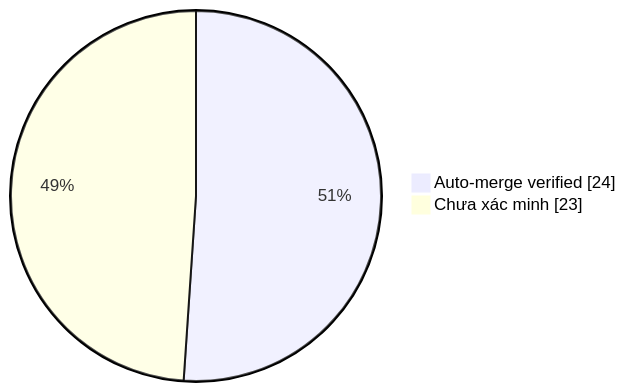
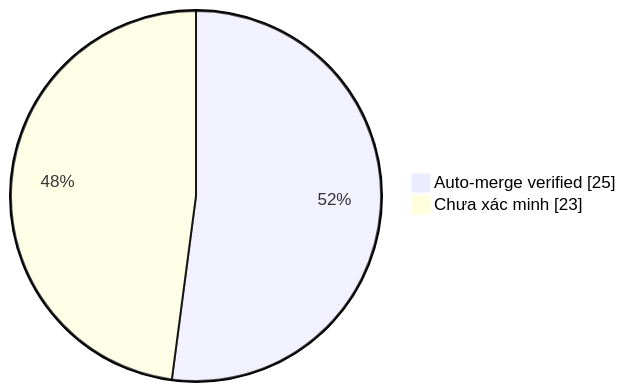
Before and after one commit to duykhang68/tetdinhmuiblog: the diagram in collector.md, drawn with Mermaid. The commit also changed other lines of this file and 1 other file, not shown here.

Commit message:
docs(collector): update auto-merge evidence dashboard

````diff
--- a/collector.md
+++ b/collector.md
@@ -22,5 +22,5 @@
 ```mermaid
 pie showData
-    "Auto-merge verified" : 24
+    "Auto-merge verified" : 25
     "Chưa xác minh" : 23
 ```
````
